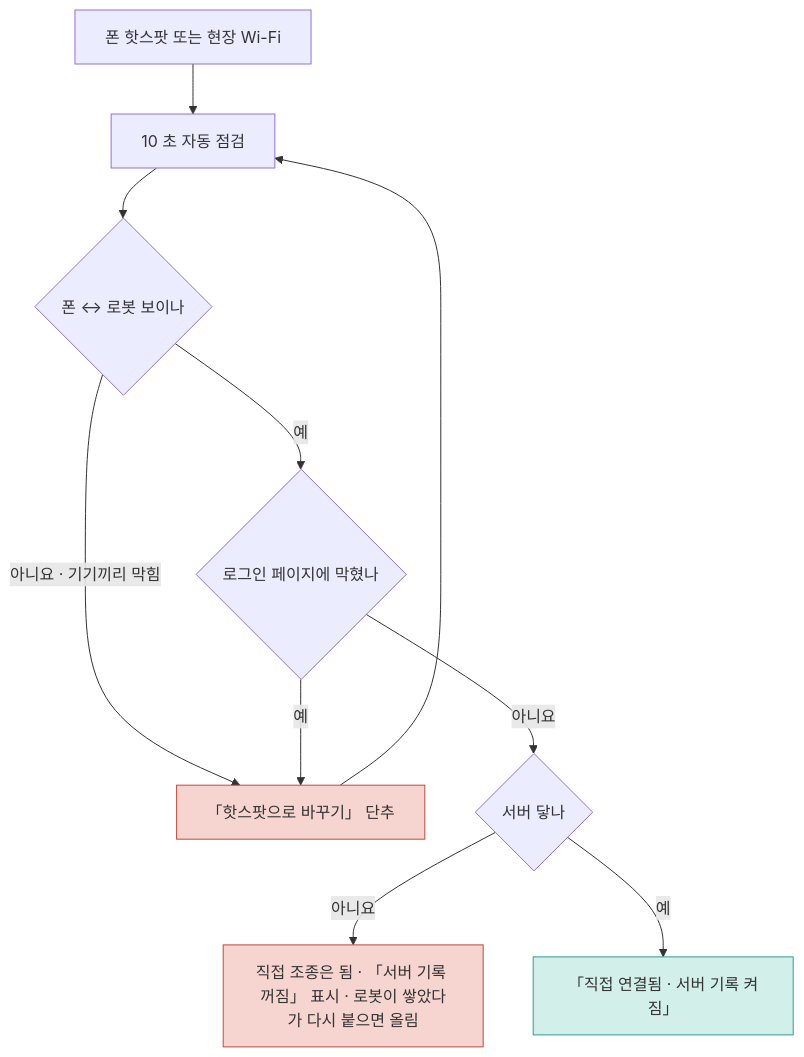
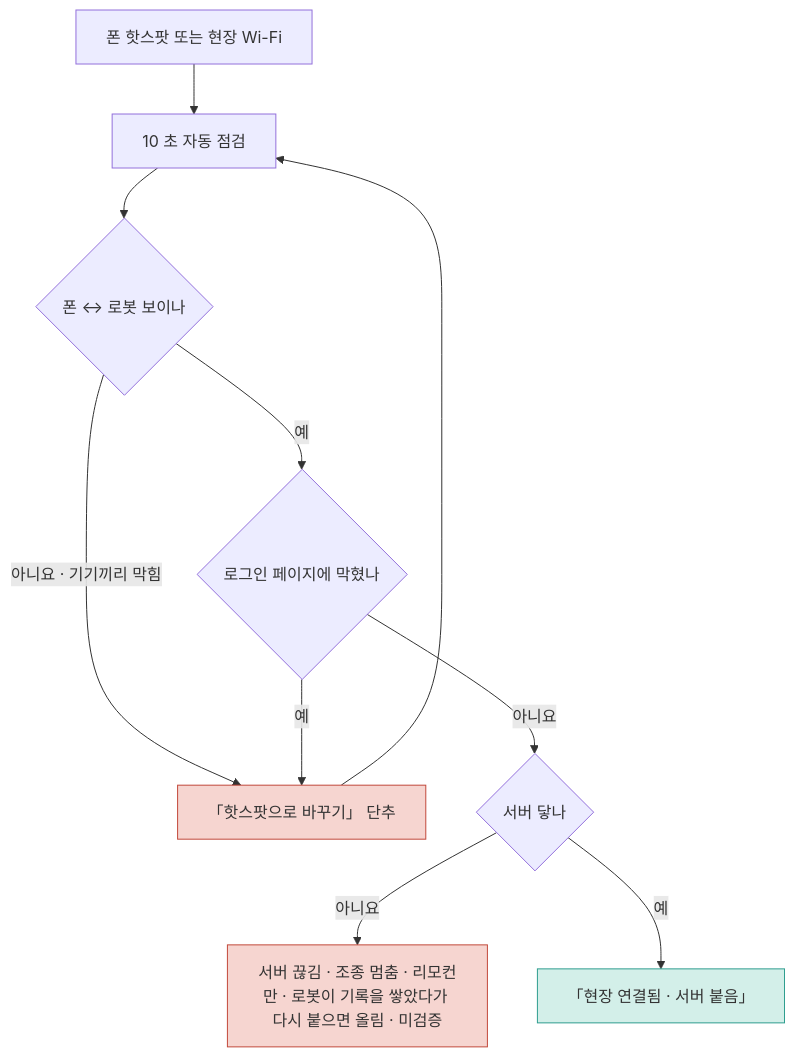
The second of 8 diagrams in inbox/jay/20261119-app-design/FLOWS.md (foothold-project/foothold-lab), drawn with Mermaid before and after one commit. The commit also changed other lines of this file and 3 other files, not shown here.

````diff
--- a/inbox/jay/20261119-app-design/FLOWS.md
+++ b/inbox/jay/20261119-app-design/FLOWS.md
@@ -35,14 +35,14 @@
 ```mermaid
 flowchart TD
   A[폰 핫스팟 또는 현장 Wi-Fi] --> B[10 초 자동 점검]
   B --> C{폰 ↔ 로봇 보이나}
   C -->|아니요 · 기기끼리 막힘| X[「핫스팟으로 바꾸기」 단추]:::bad
   C -->|예| D{로그인 페이지에 막혔나}
   D -->|예| X
   D -->|아니요| E{서버 닿나}
-  E -->|아니요| F[직접 조종은 됨 · 「서버 기록 꺼짐」 표시 · 로봇이 쌓았다가 다시 붙으면 올림]:::bad
-  E -->|예| G[「직접 연결됨 · 서버 기록 켜짐」]:::ok
+  E -->|아니요| F[서버 끊김 · 조종 멈춤 · 리모컨만 · 로봇이 기록을 쌓았다가 다시 붙으면 올림 · 미검증]:::bad
+  E -->|예| G[「현장 연결됨 · 서버 붙음」]:::ok
   X --> B
   classDef bad fill:#f6d5d0,stroke:#c2493b
   classDef ok fill:#d3efe9,stroke:#2f9e8f
 ```
````
